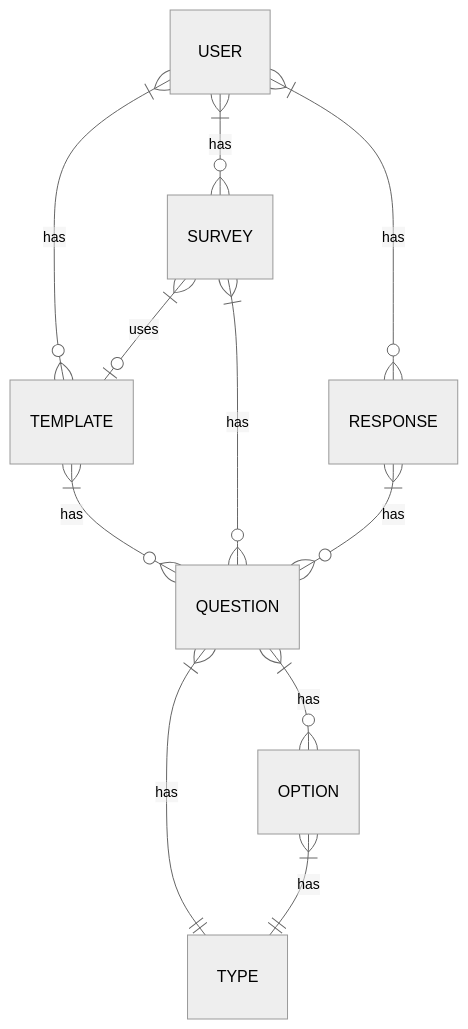
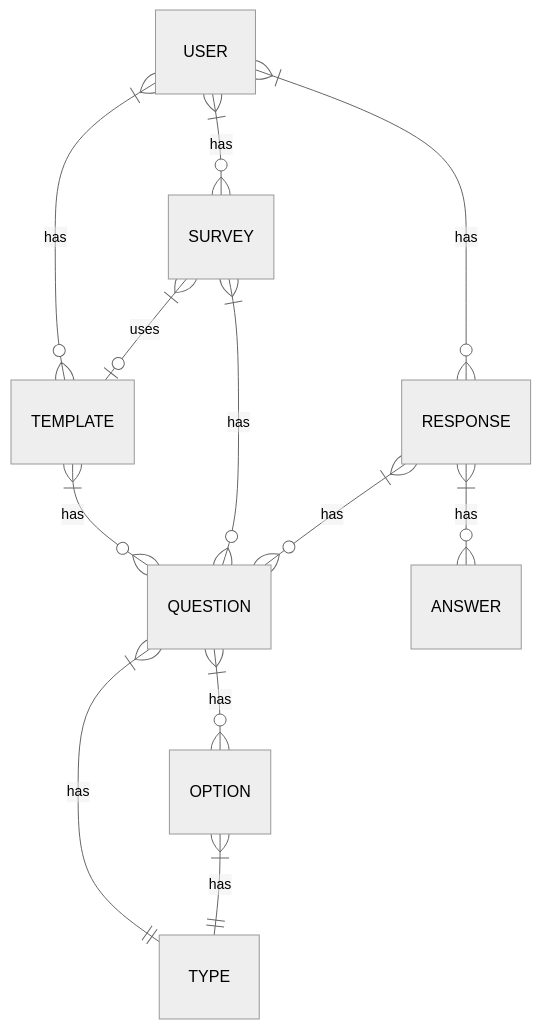
The first of 2 diagrams in README.md (AmyLeighEddins/survey-maker), drawn with Mermaid (neutral theme) before and after one commit. The commit also changed other lines of this file and 1 other file, not shown here.

````diff
--- a/README.md
+++ b/README.md
@@ -58,18 +58,19 @@
 ```mermaid
 erDiagram
   USER }|--o{ TEMPLATE : has
   USER }|--o{ SURVEY : has
   USER }|--o{ RESPONSE : has
 
   TEMPLATE }|--o{ QUESTION : has
 
   SURVEY }|--o{ QUESTION : has
   SURVEY }|--o| TEMPLATE : uses
 
   RESPONSE }|--o{ QUESTION : has
+  RESPONSE }|--o{ ANSWER : has
 
   QUESTION }|--o{ OPTION : has
   QUESTION }|--|| TYPE : has
 
   OPTION }|--|| TYPE : has
 ```
````
